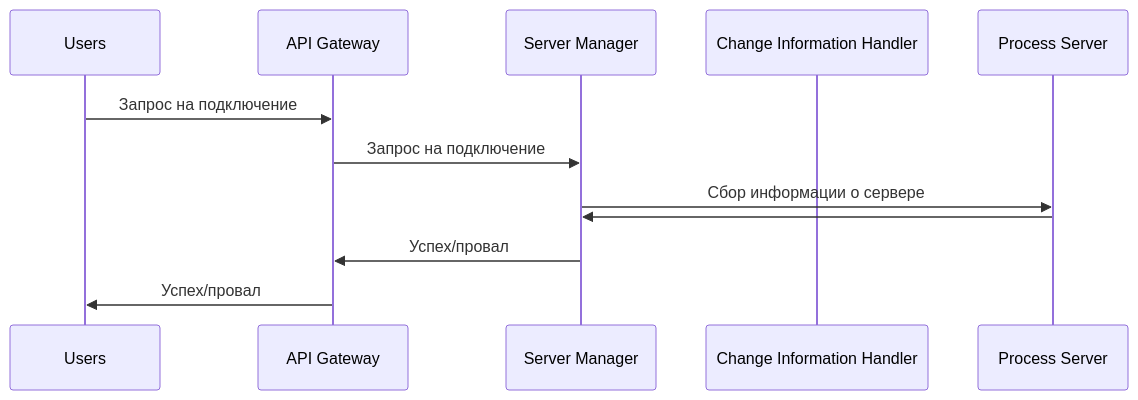
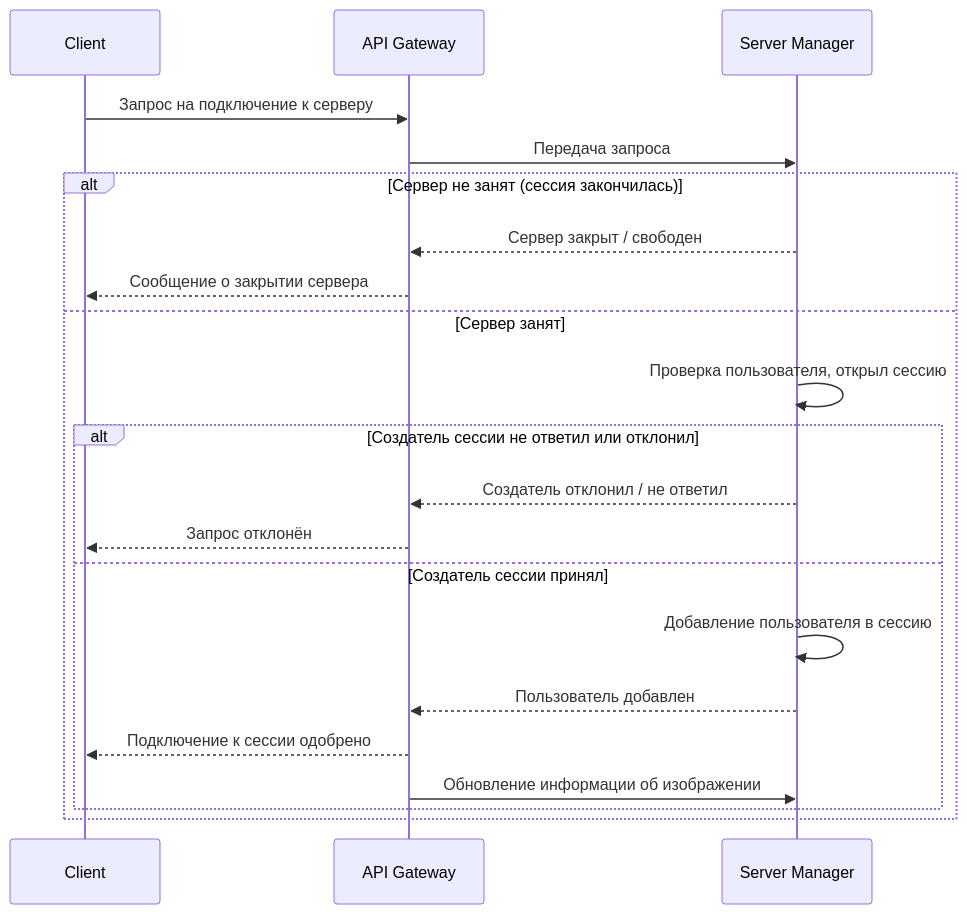
One commit to spbu-ds-practicum-2025/dev changed the fourth of 7 diagrams in docs/tr.md. Above: the diagram before and after it, drawn with Mermaid. The commit also changed other lines of this file, not shown here.

````diff
--- a/docs/tr.md
+++ b/docs/tr.md
@@ -191,14 +201,24 @@
 ```mermaid
 sequenceDiagram
-    participant Users
+    participant Client 
     participant API Gateway
     participant Server Manager
-    participant Change Information Handler
-    participant Process Server
-    Users->>API Gateway: Запрос на подключение
-    API Gateway->>Server Manager: Запрос на подключение
-    Server Manager->>Process Server: Сбор информации о сервере
-    Process Server->>Server Manager: 
-    Server Manager->>API Gateway: Успех/провал
-    API Gateway->>Users: Успех/провал
+
+    Client ->> API Gateway: Запрос на подключение к серверу
+    API Gateway ->> Server Manager: Передача запроса
+    alt Сервер не занят (сессия закончилась)
+        Server Manager -->> API Gateway: Сервер закрыт / свободен
+        API Gateway -->> Client: Сообщение о закрытии сервера
+    else Сервер занят
+        Server Manager ->> Server Manager: Проверка пользователя, открыл сессию
+        alt Создатель сессии не ответил или отклонил
+            Server Manager -->> API Gateway: Создатель отклонил / не ответил
+            API Gateway -->> Client: Запрос отклонён
+        else Создатель сессии принял
+            Server Manager ->> Server Manager: Добавление пользователя в сессию
+            Server Manager -->> API Gateway: Пользователь добавлен
+            API Gateway -->> Client: Подключение к сессии одобрено
+            API Gateway ->> Server Manager: Обновление информации об изображении
+        end
+    end
 ```
````
